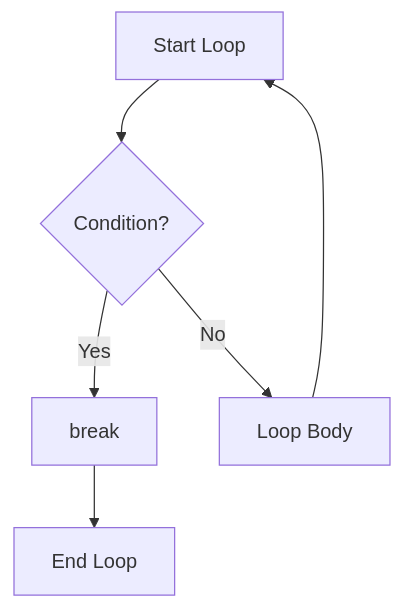
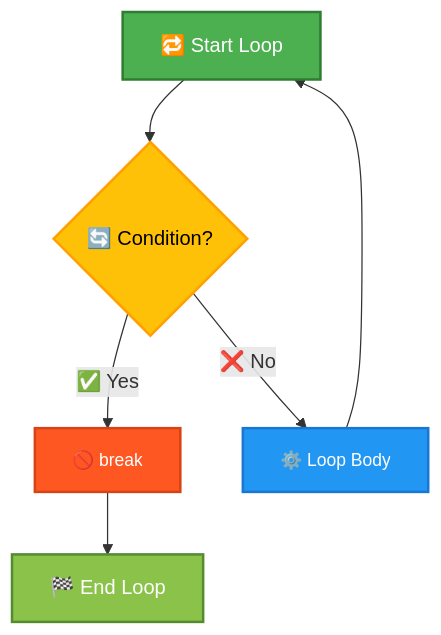
Before and after one commit to infoyouth/infoyouth.github.io: the eighth of 10 diagrams in _posts/2024-12-05-04.-flow-control-in-java.md, drawn with Mermaid. The commit also changed other lines of this file, not shown here.

````diff
--- a/_posts/2024-12-05-04.-flow-control-in-java.md
+++ b/_posts/2024-12-05-04.-flow-control-in-java.md
@@ -815,8 +824,16 @@
 ```mermaid
 graph TD
-    A[Start Loop] --> B{Condition?};
-    B -- Yes --> C[break];
-    B -- No --> D[Loop Body];
+    A[🔁 Start Loop] --> B{🔄 Condition?};
+    B -- ✅ Yes --> C[🚫 break];
+    B -- ❌ No --> D[⚙️ Loop Body];
     D --> A;
-    C --> E[End Loop];
+    C --> E[🏁 End Loop];
+
+    %% Node Styles
+    style A fill:#4CAF50,stroke:#2E7D32,stroke-width:2px,color:#FFFFFF,font-size:16px
+    style B fill:#FFC107,stroke:#FFA000,stroke-width:2px,color:#000000,font-size:16px
+    style C fill:#FF5722,stroke:#D84315,stroke-width:2px,color:#FFFFFF,font-size:14px
+    style D fill:#2196F3,stroke:#1976D2,stroke-width:2px,color:#FFFFFF,font-size:14px
+    style E fill:#8BC34A,stroke:#558B2F,stroke-width:2px,color:#FFFFFF,font-size:16px
+
 ```
````
